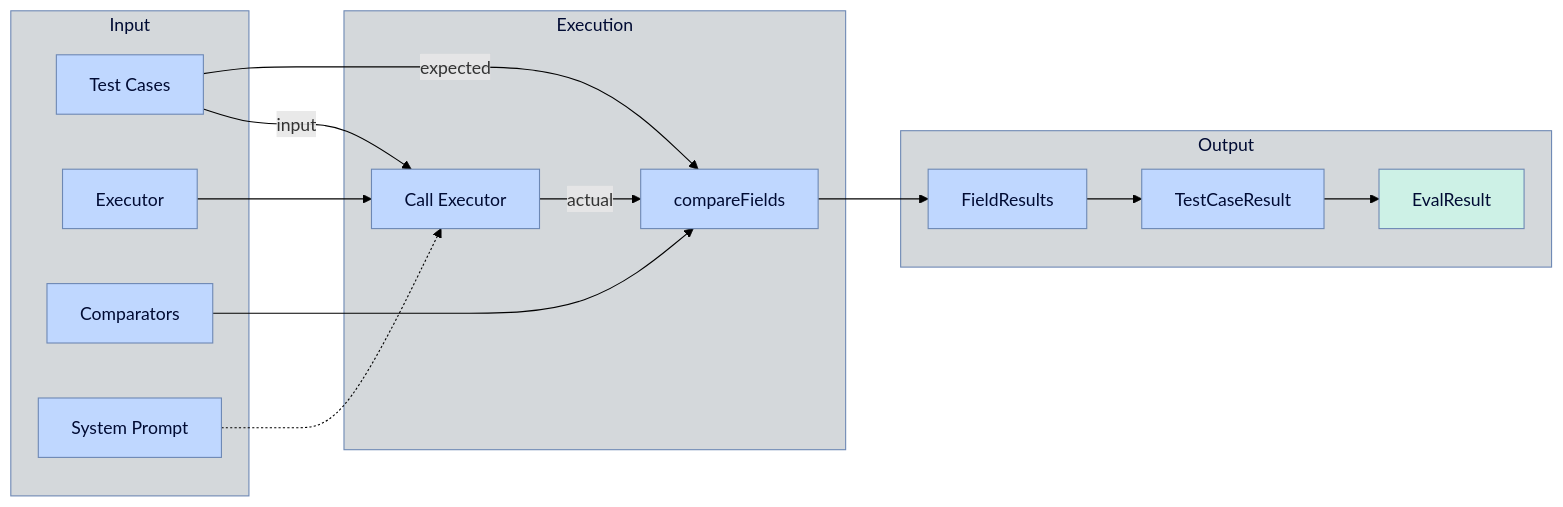
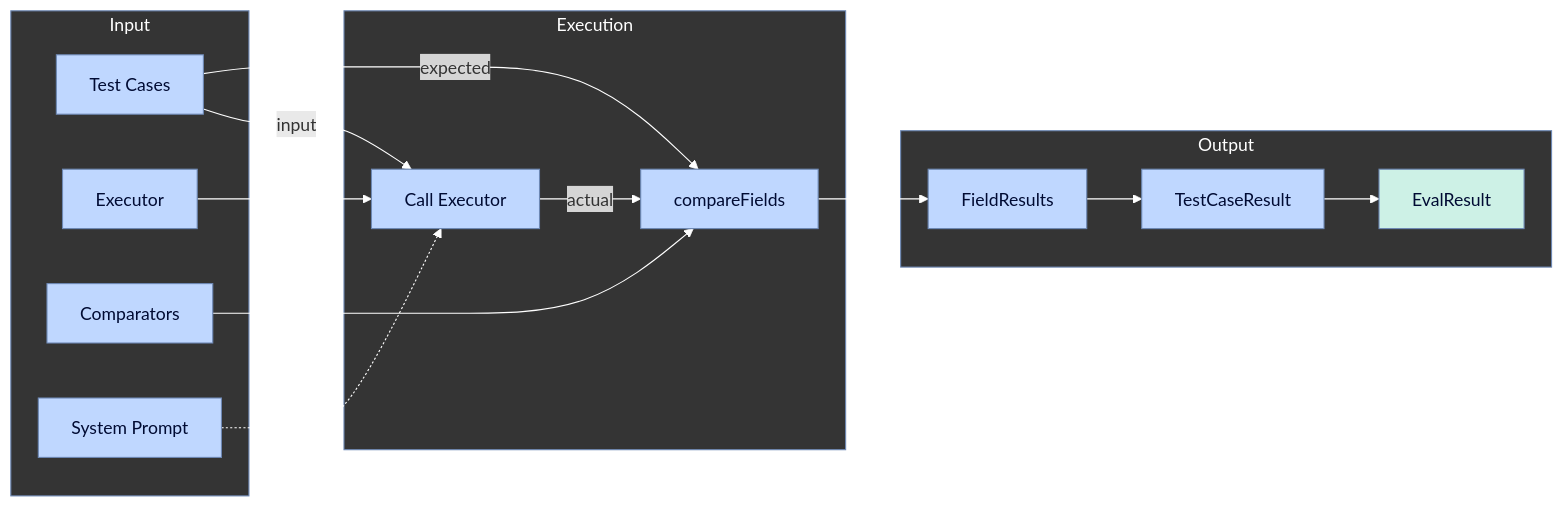
One commit to DocShield-Labs/didactic changed the first of 2 diagrams in README.md. Above: the diagram before and after it, drawn with Mermaid. The commit also changed other lines of this file, not shown here.

````diff
--- a/README.md
+++ b/README.md
@@ -57,44 +57,44 @@
 ```mermaid
 flowchart LR
     subgraph Input ["Input"]
         TC[Test Cases]
         EX[Executor]
         CMP[Comparators]
         SP[System Prompt]
     end
 
     subgraph Execution ["Execution"]
         CEX[Call Executor]
         CF[compareFields]
     end
 
     subgraph Output ["Output"]
         FR[FieldResults]
         TCR[TestCaseResult]
         ER[EvalResult]
     end
 
     TC -->|input| CEX
     EX --> CEX
     SP -.-> CEX
     CEX -->|actual| CF
     TC -->|expected| CF
     CMP --> CF
     CF --> FR
     FR --> TCR
     TCR --> ER
 
-    linkStyle default stroke:#000000
-    style Input fill:#D4D8DB,stroke:#6D88B4,color:#000B33
-    style Execution fill:#D4D8DB,stroke:#6D88B4,color:#000B33
-    style Output fill:#D4D8DB,stroke:#6D88B4,color:#000B33
+    linkStyle default stroke:#FFFFFF
+    style Input fill:#343434,stroke:#6D88B4,color:#FFFFFF
+    style Execution fill:#343434,stroke:#6D88B4,color:#FFFFFF
+    style Output fill:#343434,stroke:#6D88B4,color:#FFFFFF
     style TC fill:#BFD7FF,stroke:#6D88B4,color:#000B33
     style EX fill:#BFD7FF,stroke:#6D88B4,color:#000B33
     style CMP fill:#BFD7FF,stroke:#6D88B4,color:#000B33
     style SP fill:#BFD7FF,stroke:#6D88B4,color:#000B33
     style CEX fill:#BFD7FF,stroke:#6D88B4,color:#000B33
     style CF fill:#BFD7FF,stroke:#6D88B4,color:#000B33
     style FR fill:#BFD7FF,stroke:#6D88B4,color:#000B33
     style TCR fill:#BFD7FF,stroke:#6D88B4,color:#000B33
     style ER fill:#CDF1E6,stroke:#6D88B4,color:#000B33
 ```
````
